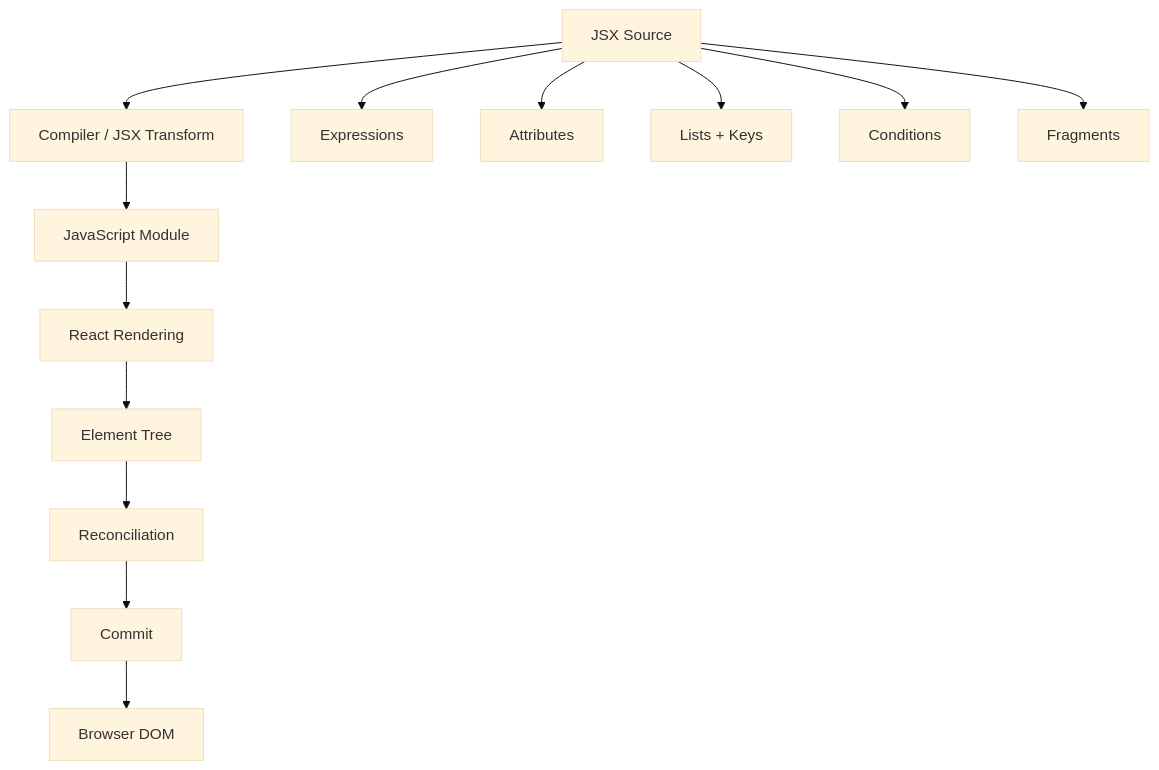
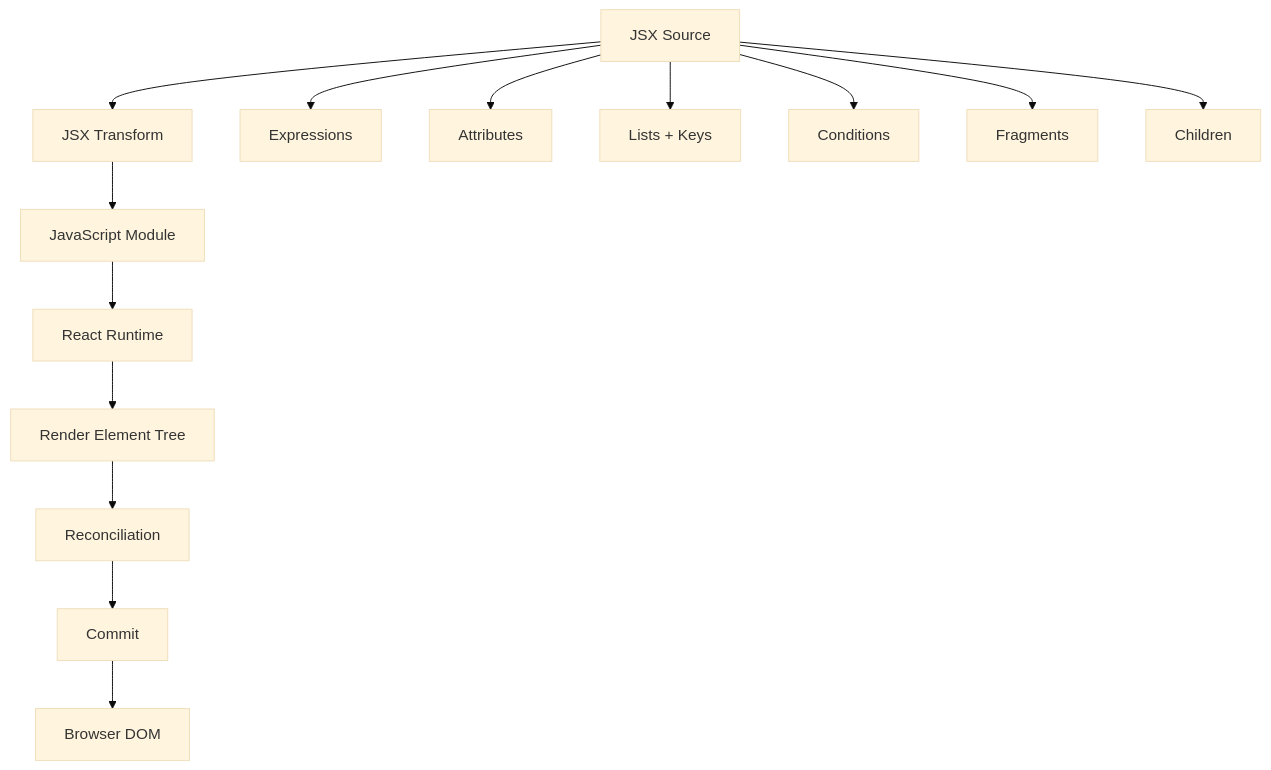
One commit to kaushalkumar8459/CodingTerminal-Tutorial-Notes changed the diagram in tutorial-platform/public/tutorials/react/day-003-jsx-fundamentals.md. Above: the diagram before and after it, drawn with Mermaid (base theme). The commit also changed other lines of this file, not shown here.

Commit message:
fix(react): strengthen day 3 JSX fundamentals

````diff
--- a/tutorial-platform/public/tutorials/react/day-003-jsx-fundamentals.md
+++ b/tutorial-platform/public/tutorials/react/day-003-jsx-fundamentals.md
@@ -323,15 +492,16 @@
 ```mermaid
 flowchart TD
-    A[JSX Source] --> B[Compiler / JSX Transform]
+    A[JSX Source] --> B[JSX Transform]
     B --> C[JavaScript Module]
-    C --> D[React Rendering]
-    D --> E[Element Tree]
+    C --> D[React Runtime]
+    D --> E[Render Element Tree]
     E --> F[Reconciliation]
     F --> G[Commit]
     G --> H[Browser DOM]
     A --> I[Expressions]
     A --> J[Attributes]
     A --> K[Lists + Keys]
     A --> L[Conditions]
     A --> M[Fragments]
+    A --> N[Children]
 ```
````
